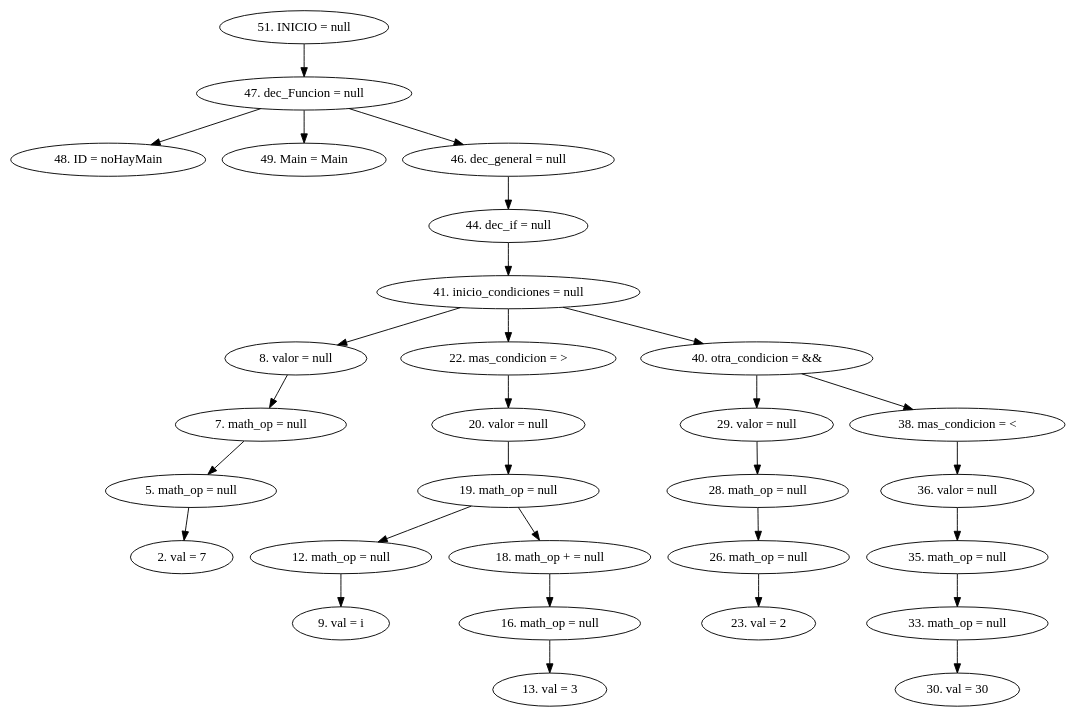
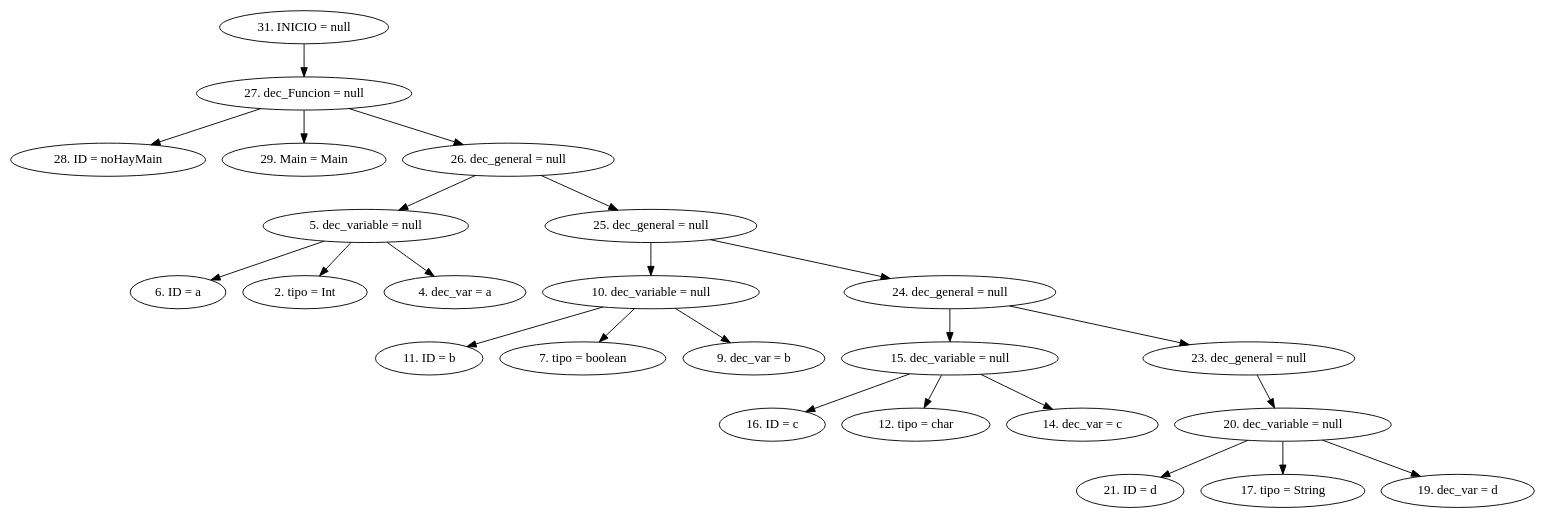
One commit to CarlosSosVos/NACHTs changed the diagram in AST.dot. Above: the diagram before and after it, drawn with Graphviz. The commit also changed 15 other files, not shown here.

```diff
--- a/AST.dot
+++ b/AST.dot
@@ -1,32 +1,27 @@
 digraph G {
-"51. INICIO = null"->"47. dec_Funcion = null"
-"47. dec_Funcion = null"->"48. ID = noHayMain"
-"47. dec_Funcion = null"->"49. Main = Main"
-"47. dec_Funcion = null"->"46. dec_general = null"
-"46. dec_general = null"->"44. dec_if = null"
-"44. dec_if = null"->"41. inicio_condiciones = null"
-"41. inicio_condiciones = null"->"8. valor = null"
-"8. valor = null"->"7. math_op = null"
-"7. math_op = null"->"5. math_op = null"
-"5. math_op = null"->"2. val = 7"
-"41. inicio_condiciones = null"->"22. mas_condicion = >"
-"22. mas_condicion = >"->"20. valor = null"
-"20. valor = null"->"19. math_op = null"
-"19. math_op = null"->"12. math_op = null"
-"12. math_op = null"->"9. val = i"
-"19. math_op = null"->"18. math_op + = null"
-"18. math_op + = null"->"16. math_op = null"
-"16. math_op = null"->"13. val = 3"
-"41. inicio_condiciones = null"->"40. otra_condicion = &&"
-"40. otra_condicion = &&"->"29. valor = null"
-"29. valor = null"->"28. math_op = null"
-"28. math_op = null"->"26. math_op = null"
-"26. math_op = null"->"23. val = 2"
-"40. otra_condicion = &&"->"38. mas_condicion = <"
-"38. mas_condicion = <"->"36. valor = null"
-"36. valor = null"->"35. math_op = null"
-"35. math_op = null"->"33. math_op = null"
-"33. math_op = null"->"30. val = 30"
+"31. INICIO = null"->"27. dec_Funcion = null"
+"27. dec_Funcion = null"->"28. ID = noHayMain"
+"27. dec_Funcion = null"->"29. Main = Main"
+"27. dec_Funcion = null"->"26. dec_general = null"
+"26. dec_general = null"->"5. dec_variable = null"
+"5. dec_variable = null"->"6. ID = a"
+"5. dec_variable = null"->"2. tipo = Int"
+"5. dec_variable = null"->"4. dec_var = a"
+"26. dec_general = null"->"25. dec_general = null"
+"25. dec_general = null"->"10. dec_variable = null"
+"10. dec_variable = null"->"11. ID = b"
+"10. dec_variable = null"->"7. tipo = boolean"
+"10. dec_variable = null"->"9. dec_var = b"
+"25. dec_general = null"->"24. dec_general = null"
+"24. dec_general = null"->"15. dec_variable = null"
+"15. dec_variable = null"->"16. ID = c"
+"15. dec_variable = null"->"12. tipo = char"
+"15. dec_variable = null"->"14. dec_var = c"
+"24. dec_general = null"->"23. dec_general = null"
+"23. dec_general = null"->"20. dec_variable = null"
+"20. dec_variable = null"->"21. ID = d"
+"20. dec_variable = null"->"17. tipo = String"
+"20. dec_variable = null"->"19. dec_var = d"
 
 
 }
```
